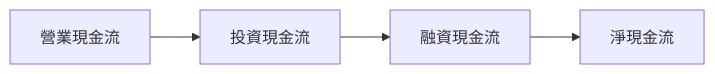
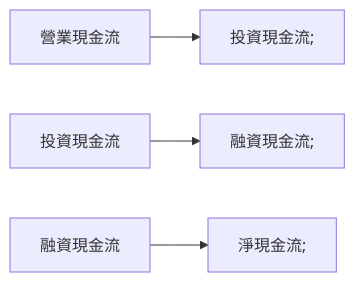
One commit to yennanliu/finance_data changed the seventh of 11 diagrams in ai_gen_report/stock/tsla/fundamental_analysis_2026-03-27_openai.md. Above: the diagram before and after it, drawn with Mermaid. The commit also changed other lines of this file and 2258 other files, not shown here.

First line of the commit message:
chore: backfill Mermaid syntax repair across existing reports

````diff
--- a/ai_gen_report/stock/tsla/fundamental_analysis_2026-03-27_openai.md
+++ b/ai_gen_report/stock/tsla/fundamental_analysis_2026-03-27_openai.md
@@ -184,6 +184,6 @@
 ```mermaid
 graph LR
-    營業現金流 --> 投資現金流;
-    投資現金流 --> 融資現金流;
-    融資現金流 --> 淨現金流;
+    營業現金流 --> nb1["投資現金流;"]
+    投資現金流 --> nb2["融資現金流;"]
+    融資現金流 --> nb3["淨現金流;"]
 ```
````
